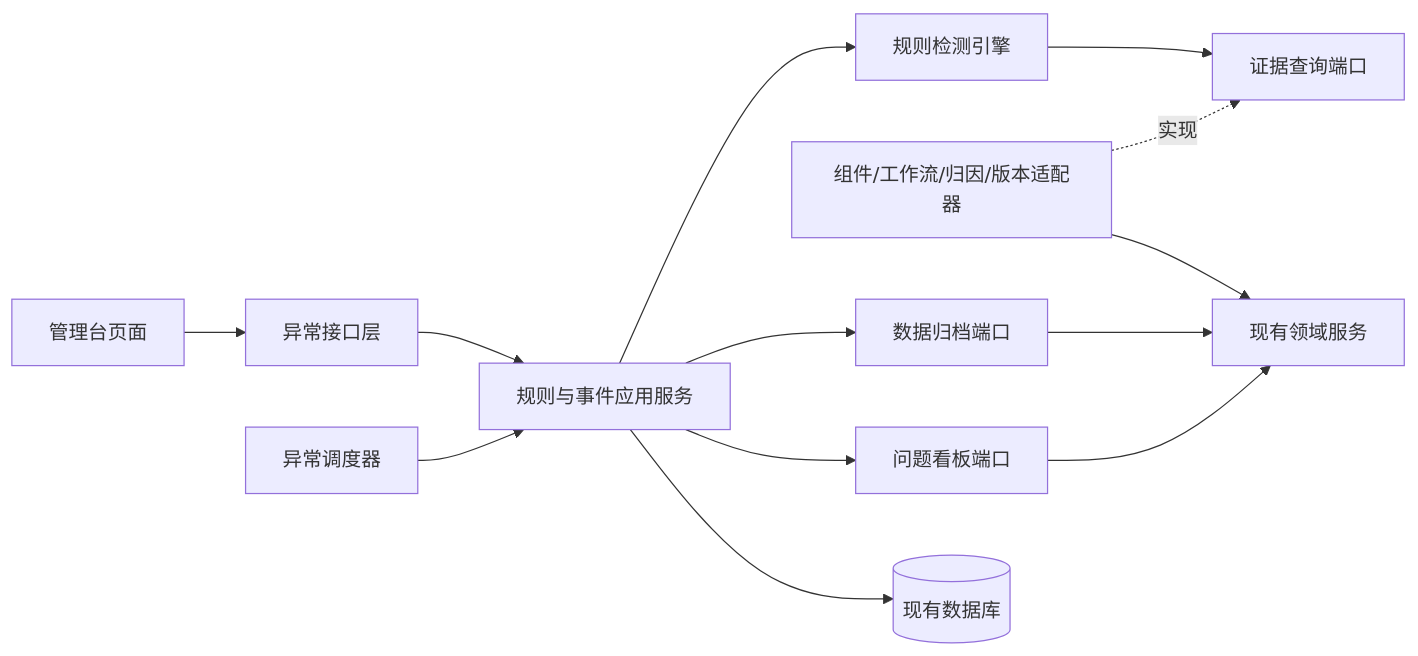
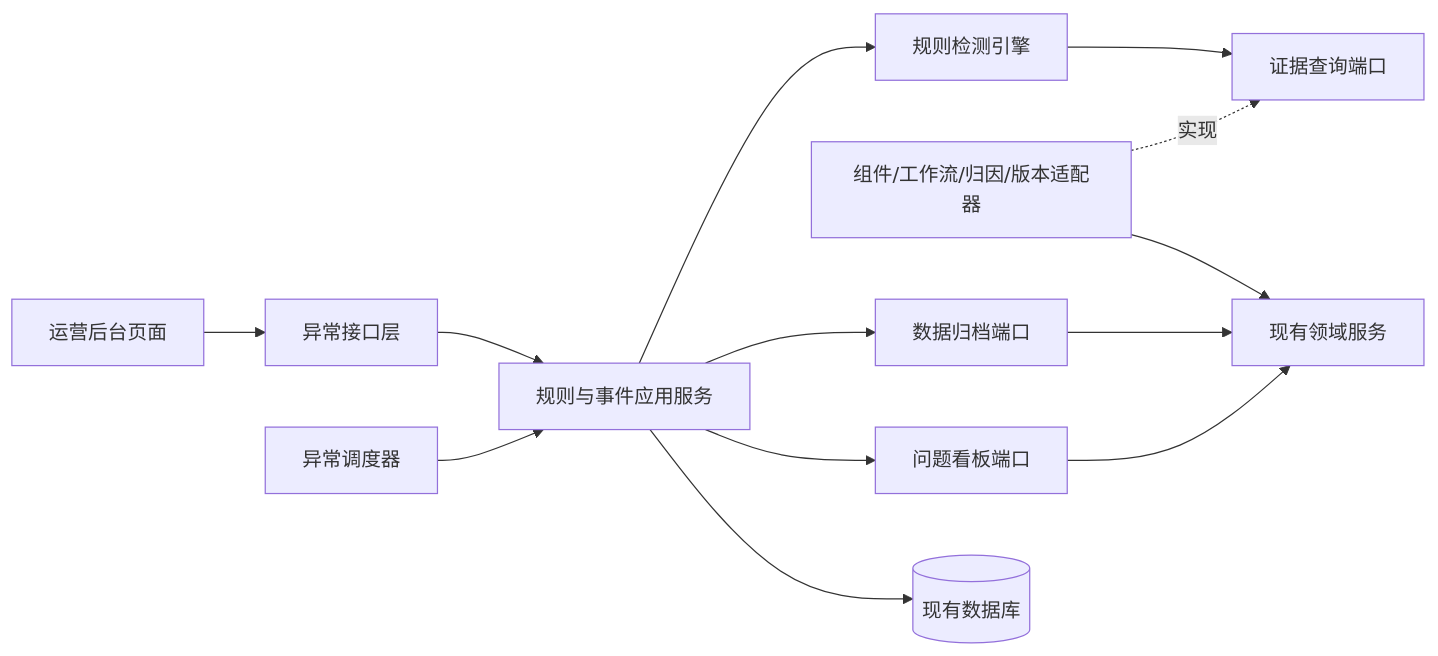
The second of 2 diagrams in docs/anomaly-event-mechanism-design.md (Hok1/Awesome-Agent-Workflow), drawn with Mermaid before and after one commit. The commit also changed other lines of this file and 17 other files, not shown here.

````diff
--- a/docs/anomaly-event-mechanism-design.md
+++ b/docs/anomaly-event-mechanism-design.md
@@ -502,15 +502,15 @@
 ```mermaid
 flowchart LR
-    UI[管理台页面] --> API[异常接口层]
+    UI[运营后台页面] --> API[异常接口层]
     API --> APP[规则与事件应用服务]
     SCHED[异常调度器] --> APP
     APP --> ENGINE[规则检测引擎]
     ENGINE --> EPORT[证据查询端口]
     ADAPTER[组件/工作流/归因/版本适配器] -.实现.-> EPORT
     ADAPTER --> EXISTING[现有领域服务]
     APP --> APORT[数据归档端口]
     APP --> IPORT[问题看板端口]
     APORT --> EXISTING
     IPORT --> EXISTING
     APP --> DB[(现有数据库)]
 ```
````
